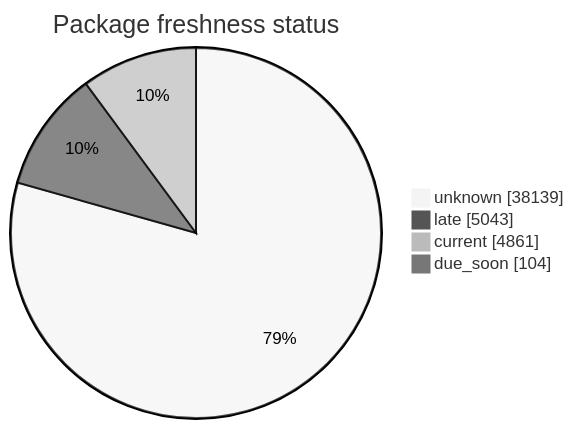
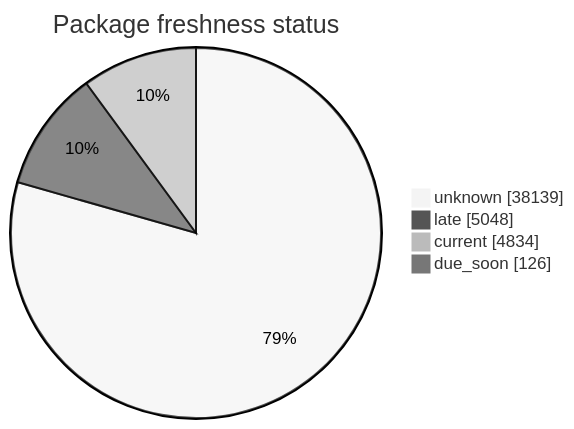
One commit to open-data/analytics-corporate-reporting changed the second of 5 diagrams in FreshCheck/README.md. Above: the diagram before and after it, drawn with Mermaid (neutral theme). The commit also changed other lines of this file and 3 other files, not shown here.

````diff
--- a/FreshCheck/README.md
+++ b/FreshCheck/README.md
@@ -68,7 +68,7 @@
 ```mermaid
 pie showData title Package freshness status
     "unknown": 38139
-    "late": 5043
-    "current": 4861
-    "due_soon": 104
+    "late": 5048
+    "current": 4834
+    "due_soon": 126
 ```
````
